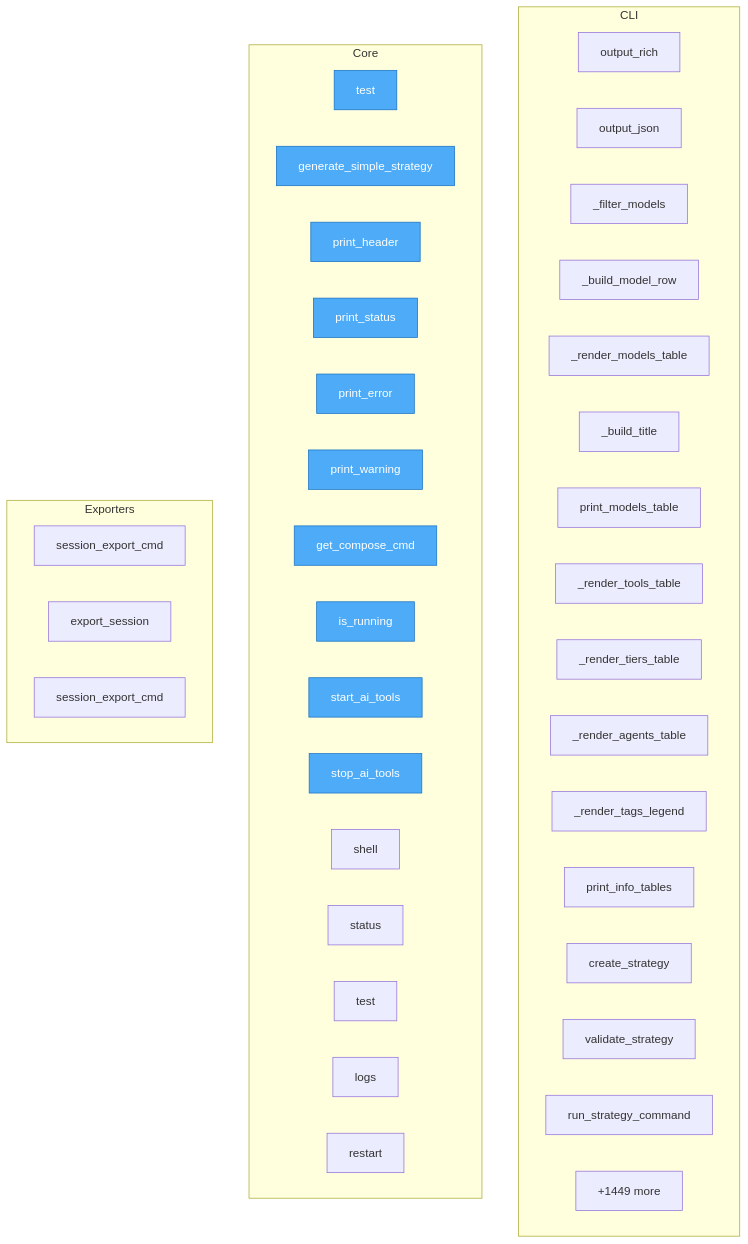
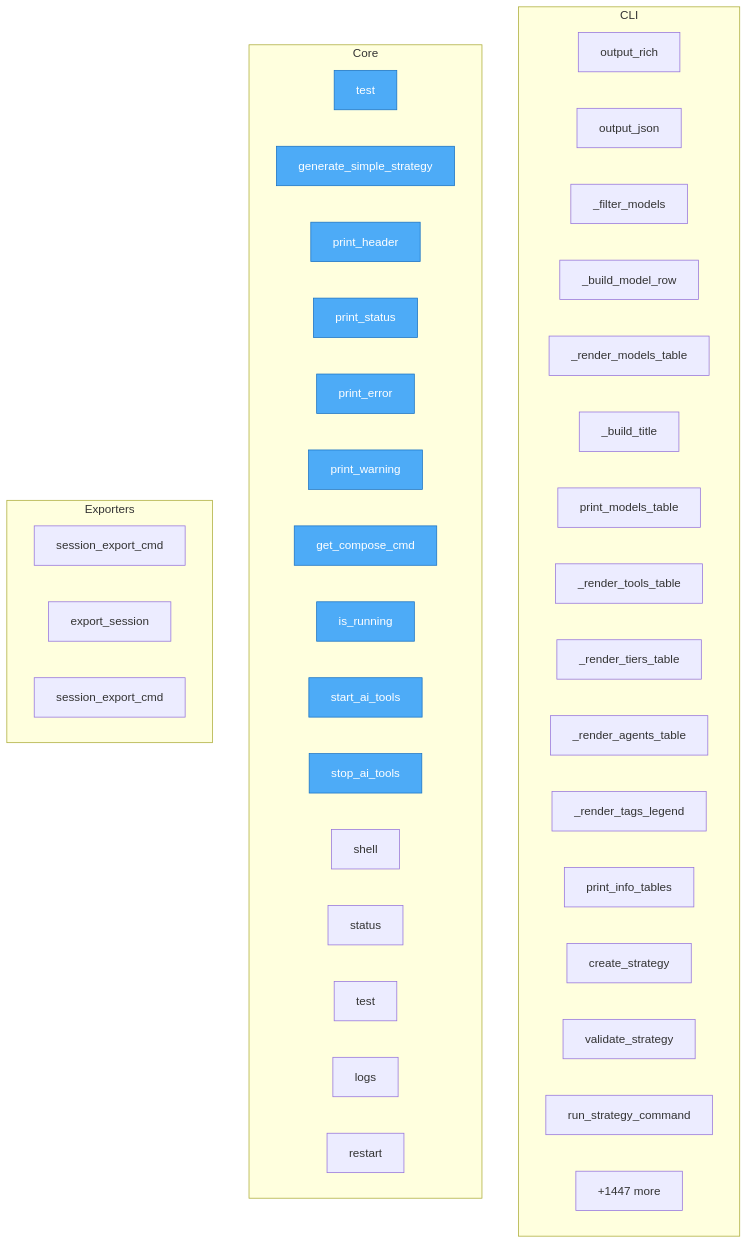
Before and after one commit to semcod/llx: the diagram in project/flow.mmd, drawn with Mermaid. The commit also changed 31 other files, not shown here.

```diff
--- a/project/flow.mmd
+++ b/project/flow.mmd
@@ -1,50 +1,50 @@
 flowchart TD
 
     %% Entry points (blue)
     classDef entry fill:#4dabf7,stroke:#1971c2,color:#fff
 
     subgraph CLI
         llx__cli__formatters__output_rich["output_rich"]
         llx__cli__formatters__output_json["output_json"]
         llx__cli__formatters___filter_models["_filter_models"]
         llx__cli__formatters___build_model_row["_build_model_row"]
         llx__cli__formatters___render_models_table["_render_models_table"]
         llx__cli__formatters___build_title["_build_title"]
         llx__cli__formatters__print_models_table["print_models_table"]
         llx__cli__formatters___render_tools_table["_render_tools_table"]
         llx__cli__formatters___render_tiers_table["_render_tiers_table"]
         llx__cli__formatters___render_agents_table["_render_agents_table"]
         llx__cli__formatters___render_tags_legend["_render_tags_legend"]
         llx__cli__formatters__print_info_tables["print_info_tables"]
         llx__cli__strategy_commands__create_strategy["create_strategy"]
         llx__cli__strategy_commands__validate_strategy["validate_strategy"]
         llx__cli__strategy_commands__run_strategy_command["run_strategy_command"]
-        ...["+25 more"]
+        ...["+31 more"]
     end
 
     subgraph Core
         trace__test["test"]
         simple_generate__generate_simple_strategy["generate_simple_strategy"]
         ai_tools_manage__print_header["print_header"]
         ai_tools_manage__print_status["print_status"]
         ai_tools_manage__print_error["print_error"]
         ai_tools_manage__print_warning["print_warning"]
         ai_tools_manage__get_compose_cmd["get_compose_cmd"]
         ai_tools_manage__is_running["is_running"]
         ai_tools_manage__start_ai_tools["start_ai_tools"]
         ai_tools_manage__stop_ai_tools["stop_ai_tools"]
         ai_tools_manage__shell["shell"]
         ai_tools_manage__status["status"]
         ai_tools_manage__test["test"]
         ai_tools_manage__logs["logs"]
         ai_tools_manage__restart["restart"]
-        ...["+1449 more"]
+        ...["+1447 more"]
     end
 
     subgraph Exporters
         llx__prellm__cli__session_export_cmd["session_export_cmd"]
         llx__prellm__context__user_memory__UserMemory__export_session["export_session"]
         project__map__toon__session_export_cmd["session_export_cmd"]
     end
 
     class trace__test,simple_generate__generate_simple_strategy,ai_tools_manage__print_header,ai_tools_manage__print_status,ai_tools_manage__print_error,ai_tools_manage__print_warning,ai_tools_manage__get_compose_cmd,ai_tools_manage__is_running,ai_tools_manage__start_ai_tools,ai_tools_manage__stop_ai_tools entry
```
